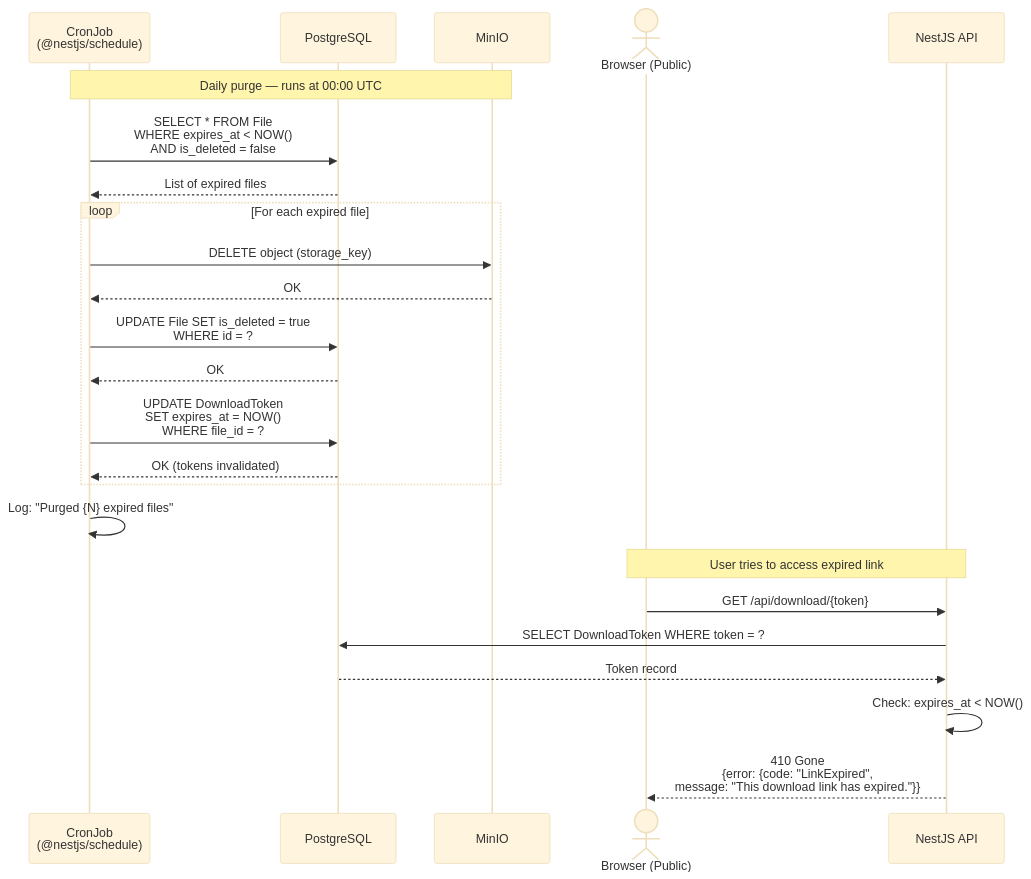
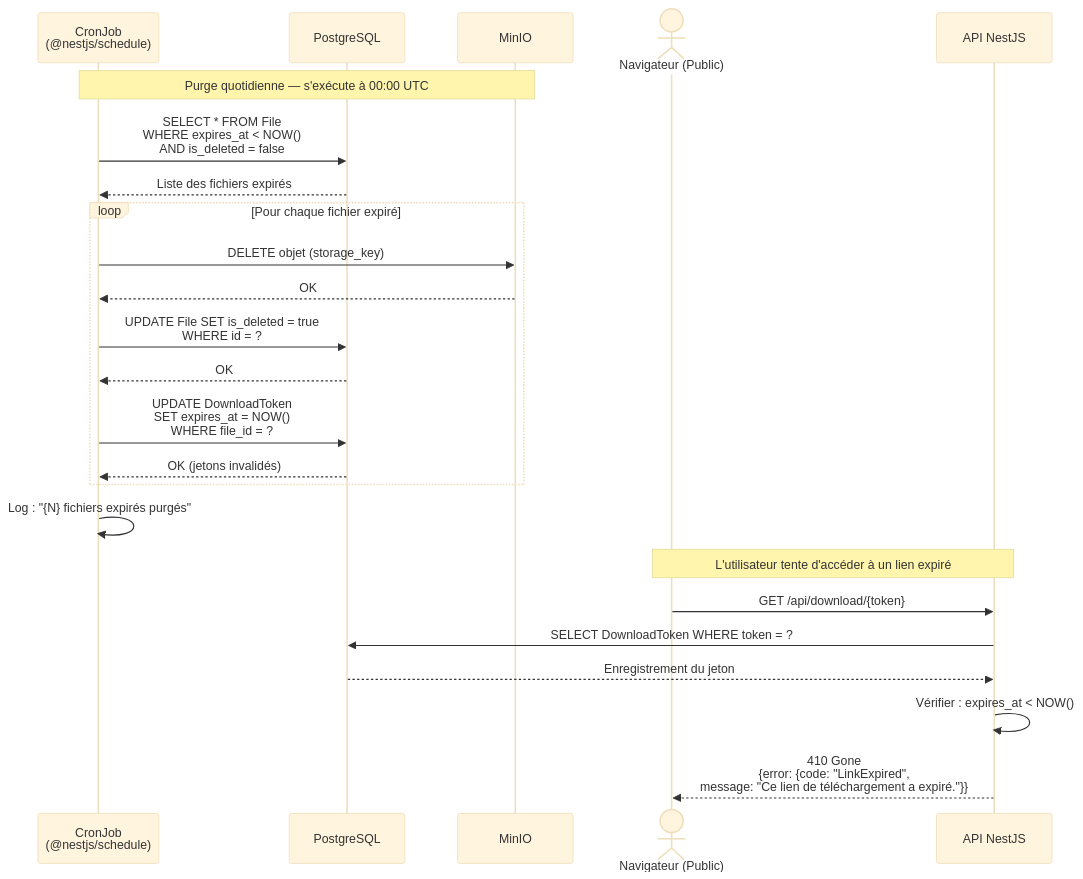
The eighth of 8 diagrams in docs/architecture/03-sequence-diagrams.md (OC-Expert-DevOps/P3-OC-software-development-management), drawn with Mermaid (base theme) before and after one commit. The commit also changed other lines of this file and 21 other files, not shown here.

````diff
--- a/docs/architecture/03-sequence-diagrams.md
+++ b/docs/architecture/03-sequence-diagrams.md
@@ -260,29 +260,29 @@
 ```mermaid
 sequenceDiagram
     participant Cron as CronJob<br/>(@nestjs/schedule)
     participant DB as PostgreSQL
     participant S3 as MinIO
-    actor Client as Browser (Public)
-    participant API as NestJS API
+    actor Client as Navigateur (Public)
+    participant API as API NestJS
 
-    Note over Cron, S3: Daily purge — runs at 00:00 UTC
+    Note over Cron, S3: Purge quotidienne — s'exécute à 00:00 UTC
     Cron->>DB: SELECT * FROM File<br/>WHERE expires_at < NOW()<br/>AND is_deleted = false
-    DB-->>Cron: List of expired files
+    DB-->>Cron: Liste des fichiers expirés
 
-    loop For each expired file
-        Cron->>S3: DELETE object (storage_key)
+    loop Pour chaque fichier expiré
+        Cron->>S3: DELETE objet (storage_key)
         S3-->>Cron: OK
         Cron->>DB: UPDATE File SET is_deleted = true<br/>WHERE id = ?
         DB-->>Cron: OK
         Cron->>DB: UPDATE DownloadToken<br/>SET expires_at = NOW()<br/>WHERE file_id = ?
-        DB-->>Cron: OK (tokens invalidated)
+        DB-->>Cron: OK (jetons invalidés)
     end
-    Cron->>Cron: Log: "Purged {N} expired files"
+    Cron->>Cron: Log : "{N} fichiers expirés purgés"
 
-    Note over Client, API: User tries to access expired link
+    Note over Client, API: L'utilisateur tente d'accéder à un lien expiré
     Client->>API: GET /api/download/{token}
     API->>DB: SELECT DownloadToken WHERE token = ?
-    DB-->>API: Token record
-    API->>API: Check: expires_at < NOW()
-    API-->>Client: 410 Gone<br/>{error: {code: "LinkExpired",<br/>message: "This download link has expired."}}
+    DB-->>API: Enregistrement du jeton
+    API->>API: Vérifier : expires_at < NOW()
+    API-->>Client: 410 Gone<br/>{error: {code: "LinkExpired",<br/>message: "Ce lien de téléchargement a expiré."}}
 ```
````
